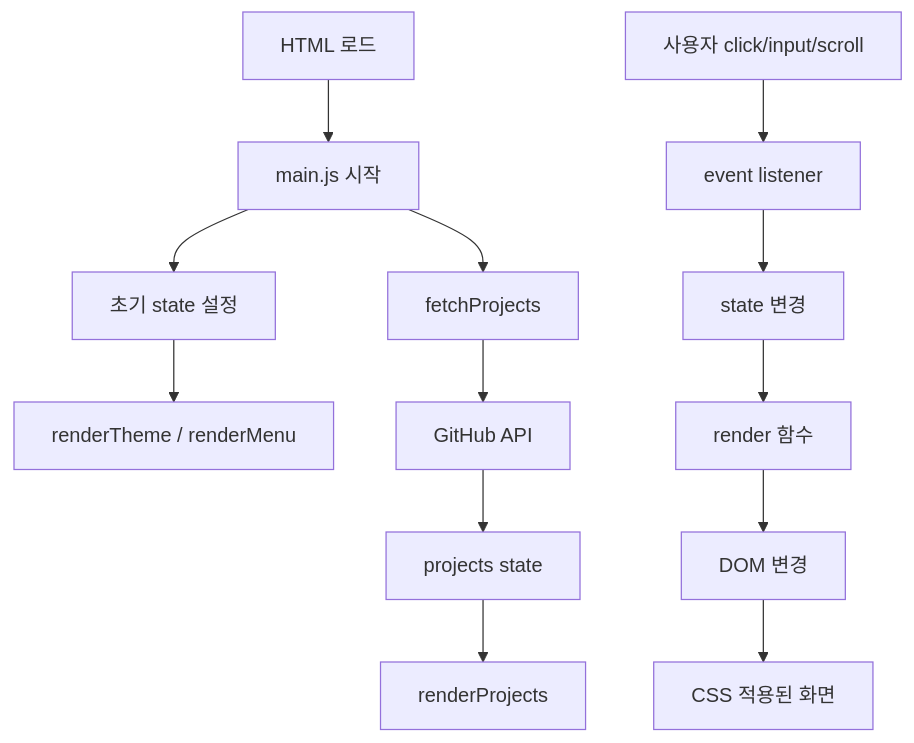
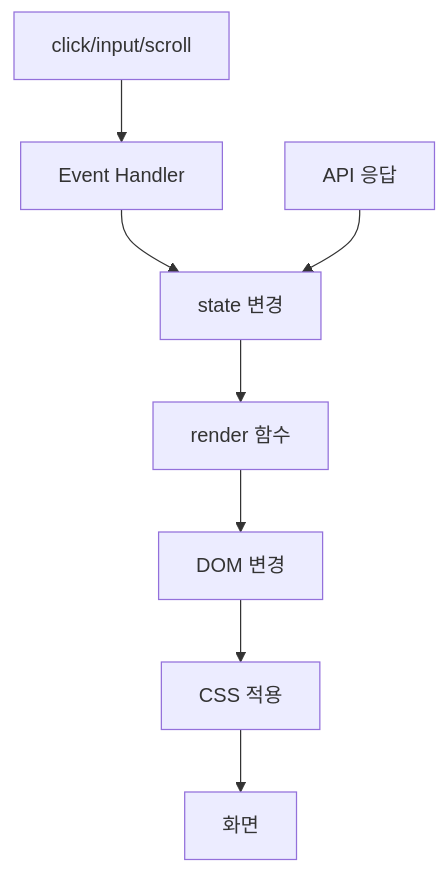
Before and after one commit to seaweedsoup98/codyssey_B1-1: the diagram in report/04_CODE_WALKTHROUGH.md, drawn with Mermaid. The commit also changed other lines of this file and 11 other files, not shown here.

````diff
--- a/report/04_CODE_WALKTHROUGH.md
+++ b/report/04_CODE_WALKTHROUGH.md
@@ -456,15 +320,10 @@
 ```mermaid
 flowchart TD
-    A["HTML 로드"] --> B["main.js 시작"]
-    B --> C["초기 state 설정"]
-    C --> D["renderTheme / renderMenu"]
-    B --> E["fetchProjects"]
-    E --> F["GitHub API"]
-    F --> G["projects state"]
-    G --> H["renderProjects"]
-    I["사용자 click/input/scroll"] --> J["event listener"]
-    J --> K["state 변경"]
-    K --> L["render 함수"]
-    L --> M["DOM 변경"]
-    M --> N["CSS 적용된 화면"]
+    Event["click/input/scroll"] --> Handler["Event Handler"]
+    Handler --> State["state 변경"]
+    State --> Render["render 함수"]
+    Render --> DOM["DOM 변경"]
+    DOM --> CSS["CSS 적용"]
+    CSS --> Screen["화면"]
+    API["API 응답"] --> State
 ```
````
